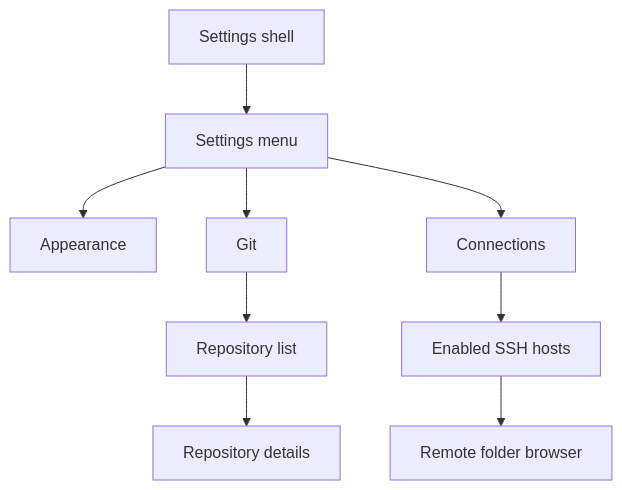
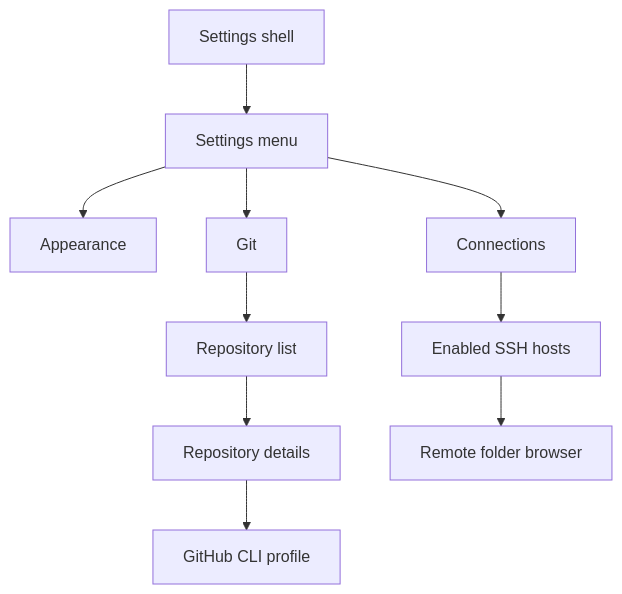
One commit to gh0stonio/pinata changed the fourth of 4 diagrams in docs/application-map.md. Above: the diagram before and after it, drawn with Mermaid. The commit also changed other lines of this file and 21 other files, not shown here.

````diff
--- a/docs/application-map.md
+++ b/docs/application-map.md
@@ -88,11 +90,12 @@
 ```mermaid
 flowchart TB
     Settings[Settings shell] --> Menu[Settings menu]
     Menu --> Appearance[Appearance]
     Menu --> Git[Git]
     Menu --> Connections[Connections]
     Git --> Repositories[Repository list]
     Repositories --> Details[Repository details]
+    Details --> GHProfile[GitHub CLI profile]
     Connections --> Hosts[Enabled SSH hosts]
     Hosts --> Browser[Remote folder browser]
 ```
````
